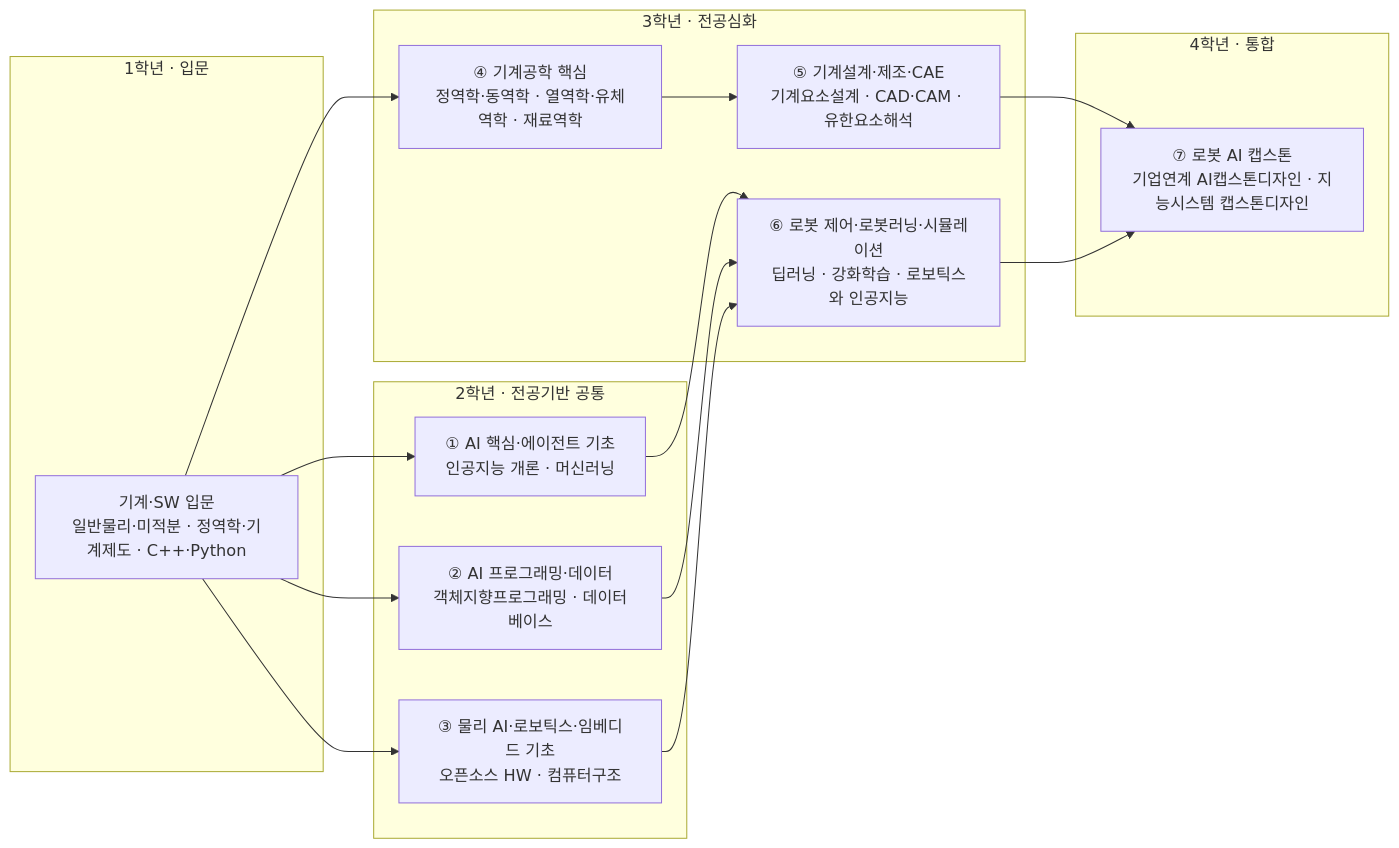
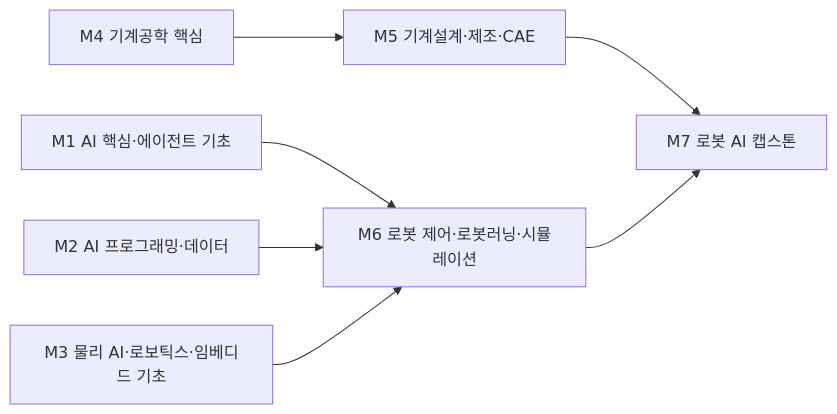
Before and after one commit to parclab-hsu/ai-curriculum-2026: the diagram in docs/ai/ai-robotics.md, drawn with Mermaid. The commit also changed other lines of this file and 22 other files, not shown here.

````diff
--- a/docs/ai/ai-robotics.md
+++ b/docs/ai/ai-robotics.md
@@ -162,29 +176,8 @@
 ```mermaid
 flowchart LR
-  subgraph Y1["1학년 · 입문"]
-    A0["기계·SW 입문<br/>일반물리·미적분 · 정역학·기계제도 · C++·Python"]
-  end
-  subgraph Y2["2학년 · 전공기반 공통"]
-    M1["① AI 핵심·에이전트 기초<br/>인공지능 개론 · 머신러닝"]
-    M2["② AI 프로그래밍·데이터<br/>객체지향프로그래밍 · 데이터베이스"]
-    M3["③ 물리 AI·로보틱스·임베디드 기초<br/>오픈소스 HW · 컴퓨터구조"]
-  end
-  subgraph Y3["3학년 · 전공심화"]
-    M4["④ 기계공학 핵심<br/>정역학·동역학 · 열역학·유체역학 · 재료역학"]
-    M5["⑤ 기계설계·제조·CAE<br/>기계요소설계 · CAD·CAM · 유한요소해석"]
-    M6["⑥ 로봇 제어·로봇러닝·시뮬레이션<br/>딥러닝 · 강화학습 · 로보틱스와 인공지능"]
-  end
-  subgraph Y4["4학년 · 통합"]
-    CAP["⑦ 로봇 AI 캡스톤<br/>기업연계 AI캡스톤디자인 · 지능시스템 캡스톤디자인"]
-  end
-  A0 --> M1
-  A0 --> M2
-  A0 --> M3
-  A0 --> M4
-  M4 --> M5
-  M1 --> M6
-  M2 --> M6
-  M3 --> M6
-  M5 --> CAP
+  M1["M1 AI 핵심·에이전트 기초"] --> M6["M6 로봇 제어·로봇러닝·시뮬레이션"]
+  M2["M2 AI 프로그래밍·데이터"] --> M6
+  M3["M3 물리 AI·로보틱스·임베디드 기초"] --> M6
+  M4["M4 기계공학 핵심"] --> M5["M5 기계설계·제조·CAE"] --> CAP["M7 로봇 AI 캡스톤"]
   M6 --> CAP
 ```
````
